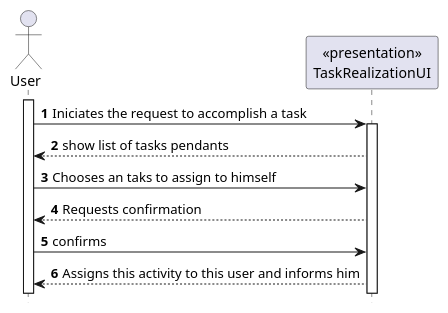
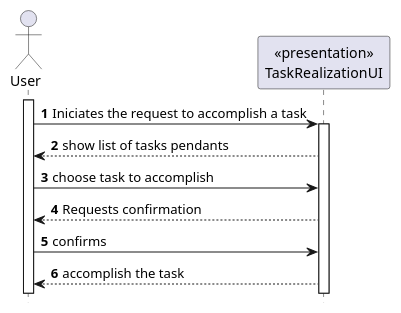
One commit to tiagoavcosta25/LAPR4 changed the diagram in doc/engenharia/SprintD/1190424/_US1-3023_TaskRealization/US-2-3022_SSD_.puml. Above: the diagram before and after it, drawn with PlantUML. The commit also changed 5 other files, not shown here.

```diff
--- a/doc/engenharia/SprintD/1190424/_US1-3023_TaskRealization/US-2-3022_SSD_.puml
+++ b/doc/engenharia/SprintD/1190424/_US1-3023_TaskRealization/US-2-3022_SSD_.puml
@@ -4,25 +4,24 @@
 @startuml
 autonumber
 hide footbox
 
 actor "User" as USER
 
 participant "<<presentation>>\nTaskRealizationUI" as UI
 
 
 activate USER
 USER -> UI : Iniciates the request to accomplish a task
 
 activate UI
 
 UI --> USER: show list of tasks pendants
 
 
-USER->UI: Chooses an taks to assign to himself
+USER->UI: choose task to accomplish
 
 UI --> USER: Requests confirmation
 
 USER -> UI: confirms
- UI-->USER : Assigns this activity to this user and informs him
-
+ UI-->USER : accomplish the task
 @enduml
```
